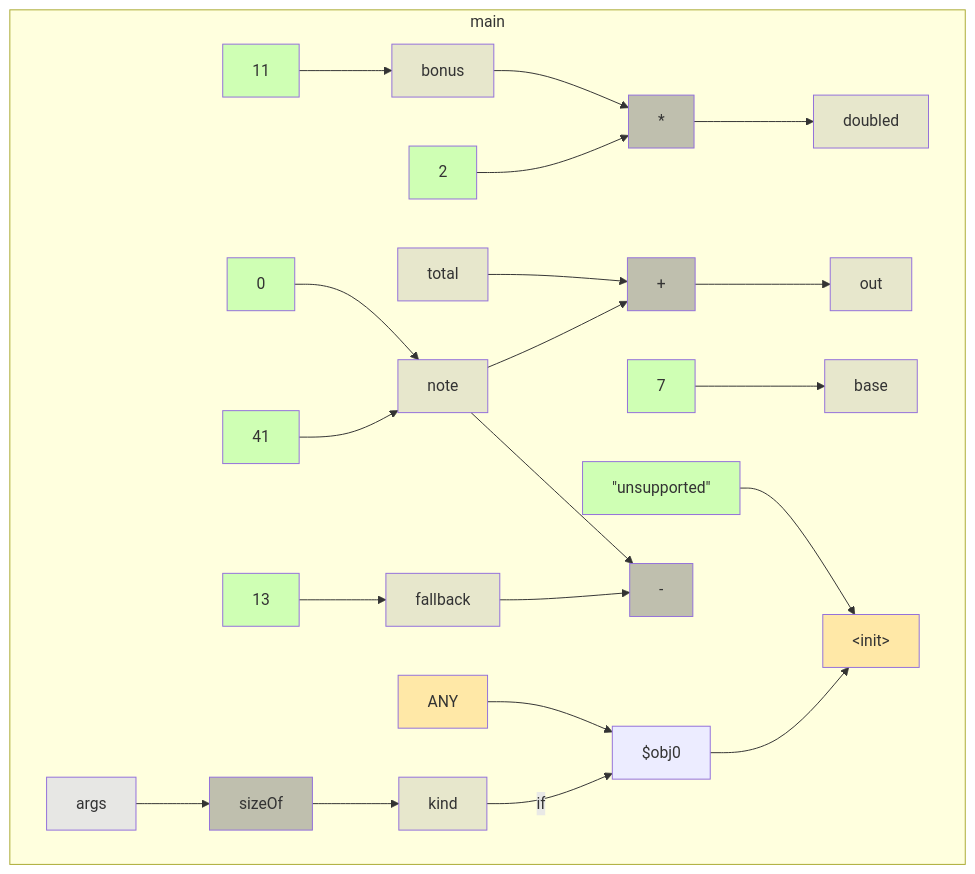
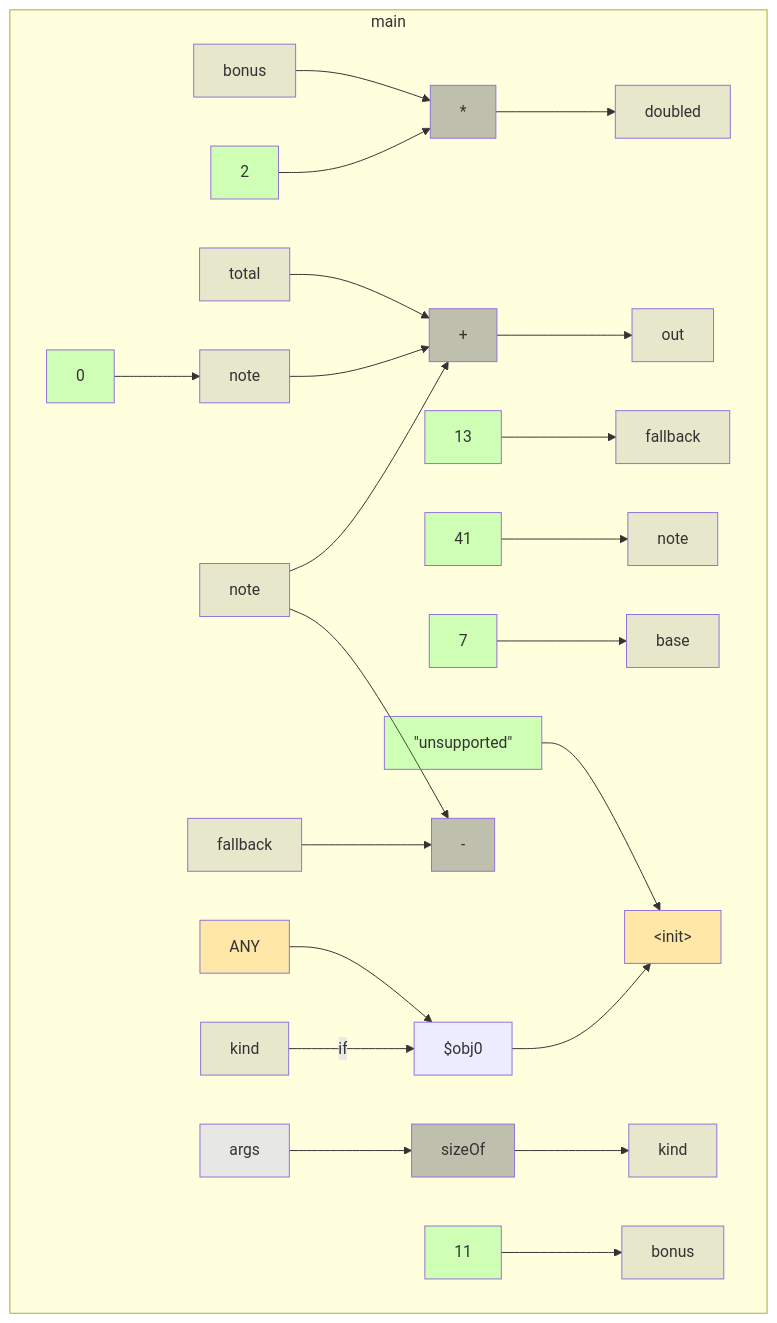
The diagram in app/src/test/resources/switchExpression/spike-truth.md (gstiebler/codeflow), drawn with Mermaid before and after one commit. The commit also changed 46 other files, not shown here.

````diff
--- a/app/src/test/resources/switchExpression/spike-truth.md
+++ b/app/src/test/resources/switchExpression/spike-truth.md
@@ -3,54 +3,60 @@
 ```mermaid
 flowchart TD
   subgraph m0["main"]
     n0["*"]:::BIN_OP
     n1["+"]:::BIN_OP
     n2["-"]:::BIN_OP
     n3["sizeOf"]:::BIN_OP
     n4["#lt;init#gt;"]:::EXTERNAL
     n5["ANY"]:::EXTERNAL
     n6["args"]:::FUNC_PARAM
     n7["#quot;unsupported#quot;"]:::LITERAL
     n8["0"]:::LITERAL
     n9["11"]:::LITERAL
     n10["13"]:::LITERAL
     n11["2"]:::LITERAL
     n12["41"]:::LITERAL
     n13["7"]:::LITERAL
     n14["$obj0"]:::OBJ_VARIABLE
     n15["base"]:::VARIABLE
     n16["bonus"]:::VARIABLE
-    n17["doubled"]:::VARIABLE
-    n18["fallback"]:::VARIABLE
-    n19["kind"]:::VARIABLE
-    n20["note"]:::VARIABLE
-    n21["out"]:::VARIABLE
-    n22["total"]:::VARIABLE
+    n17["bonus"]:::VARIABLE
+    n18["doubled"]:::VARIABLE
+    n19["fallback"]:::VARIABLE
+    n20["fallback"]:::VARIABLE
+    n21["kind"]:::VARIABLE
+    n22["kind"]:::VARIABLE
+    n23["note"]:::VARIABLE
+    n24["note"]:::VARIABLE
+    n25["note"]:::VARIABLE
+    n26["out"]:::VARIABLE
+    n27["total"]:::VARIABLE
   end
-  n0 --> n17
-  n1 --> n21
-  n10 --> n18
+  n0 --> n18
+  n1 --> n26
+  n10 --> n20
   n11 --> n0
-  n12 --> n20
+  n12 --> n25
   n13 --> n15
   n14 --> n4
   n16 --> n0
-  n18 --> n2
-  n19 -->|if| n14
-  n20 --> n1
-  n20 --> n2
-  n22 --> n1
-  n3 --> n19
+  n19 --> n2
+  n21 -->|if| n14
+  n23 --> n1
+  n23 --> n2
+  n24 --> n1
+  n27 --> n1
+  n3 --> n22
   n5 --> n14
   n6 --> n3
   n7 --> n4
-  n8 --> n20
-  n9 --> n16
+  n8 --> n24
+  n9 --> n17
   classDef LITERAL fill:#00FF0030
   classDef VARIABLE fill:#80808030
   classDef BIN_OP fill:#80808080
   classDef FUNC_PARAM fill:#8080FF30
   classDef RETURN fill:#FF808080
   classDef EXTERNAL fill:#FFA50040
   classDef UNMODELLED fill:#FF000030,stroke-dasharray: 4 2
 ```
````
